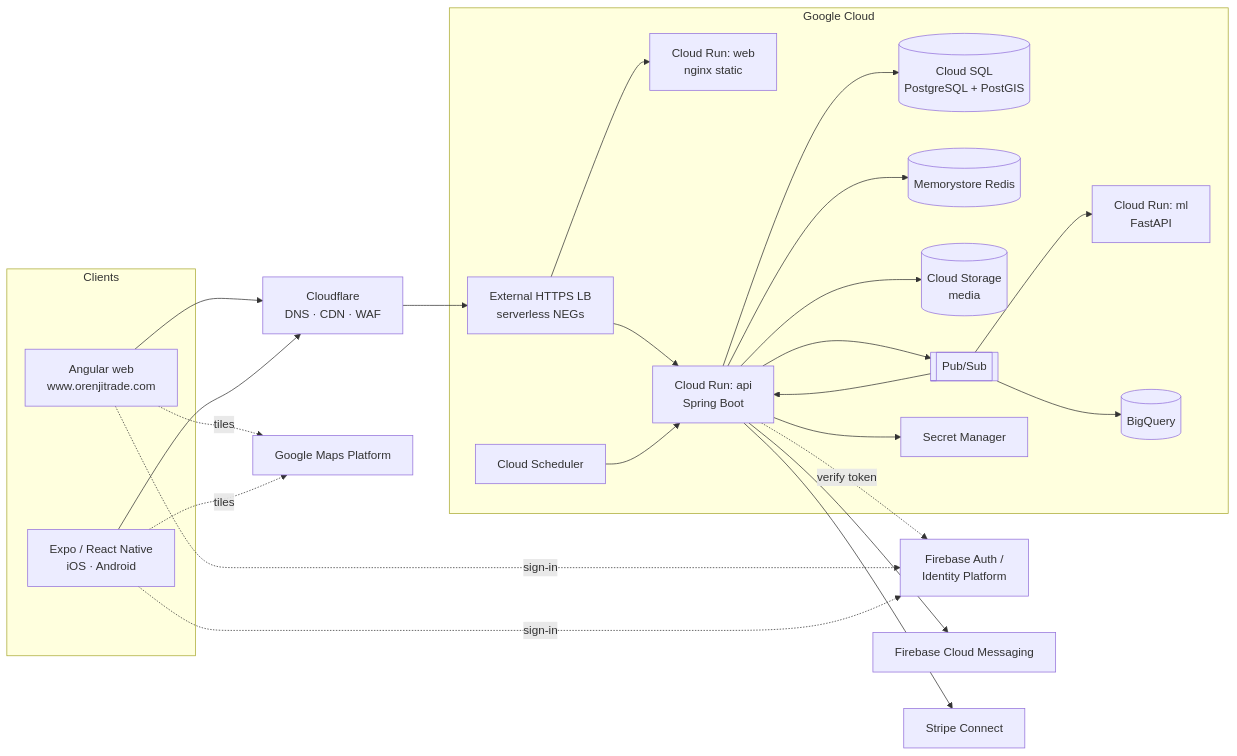
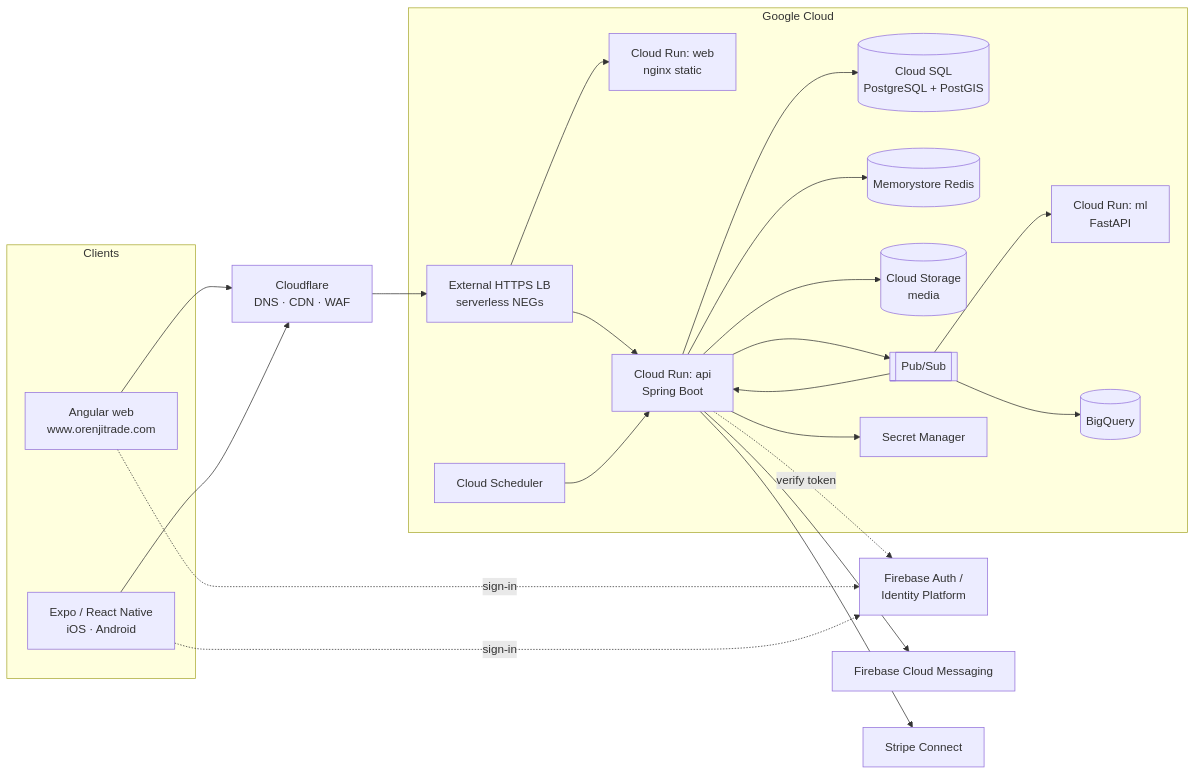
The first of 7 diagrams in docs/architecture/ARCHITECTURE.md (yunjiPoly/OrenjiTrade), drawn with Mermaid before and after one commit. The commit also changed other lines of this file and 30 other files, not shown here.

````diff
--- a/docs/architecture/ARCHITECTURE.md
+++ b/docs/architecture/ARCHITECTURE.md
@@ -9,46 +9,43 @@
 ```mermaid
 flowchart LR
   subgraph Clients
     Web[Angular web<br/>www.orenjitrade.com]
     Mobile[Expo / React Native<br/>iOS · Android]
   end
   CF[Cloudflare<br/>DNS · CDN · WAF]
   subgraph GCP[Google Cloud]
     LB[External HTTPS LB<br/>serverless NEGs]
     WebRun[Cloud Run: web<br/>nginx static]
     ApiRun[Cloud Run: api<br/>Spring Boot]
     MlRun[Cloud Run: ml<br/>FastAPI]
     SQL[(Cloud SQL<br/>PostgreSQL + PostGIS)]
     Redis[(Memorystore Redis)]
     GCS[(Cloud Storage<br/>media)]
     PubSub[[Pub/Sub]]
     BQ[(BigQuery)]
     Sched[Cloud Scheduler]
     SM[Secret Manager]
   end
   FB[Firebase Auth /<br/>Identity Platform]
   FCM[Firebase Cloud Messaging]
   Stripe[Stripe Connect]
-  GMaps[Google Maps Platform]
 
   Web --> CF --> LB
   Mobile --> CF
   LB --> WebRun
   LB --> ApiRun
   ApiRun --> SQL
   ApiRun --> Redis
   ApiRun --> GCS
   ApiRun --> PubSub
   PubSub --> ApiRun
   PubSub --> MlRun
   PubSub --> BQ
   Sched --> ApiRun
   ApiRun --> SM
   Web -. sign-in .-> FB
   Mobile -. sign-in .-> FB
   ApiRun -. verify token .-> FB
   ApiRun --> FCM
   ApiRun --> Stripe
-  Web -. tiles .-> GMaps
-  Mobile -. tiles .-> GMaps
 ```
````
